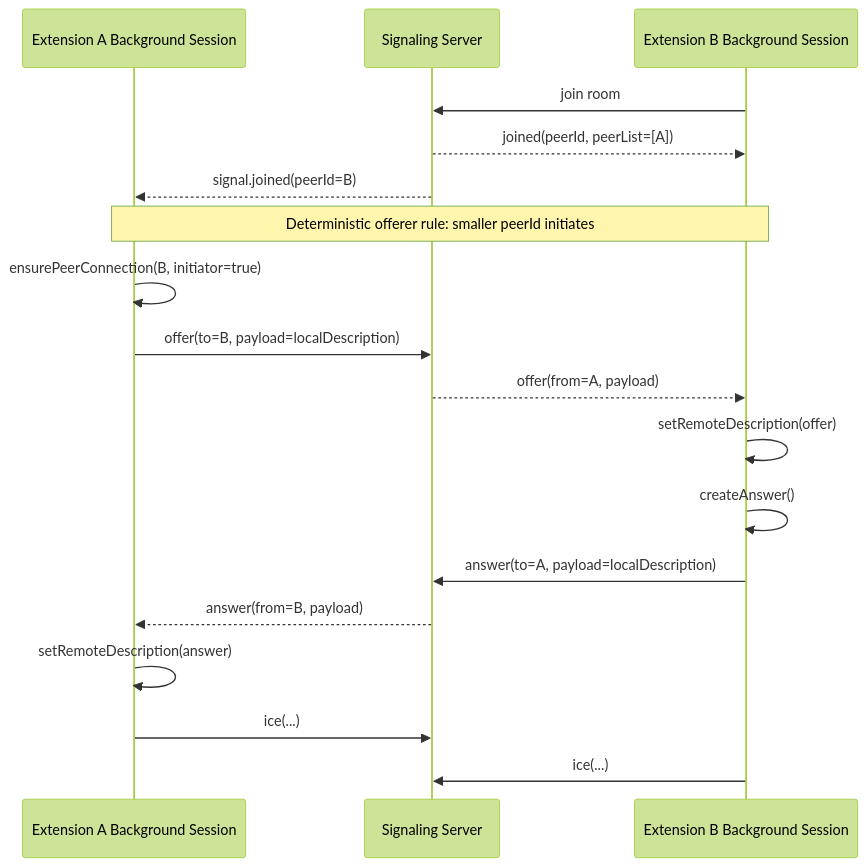
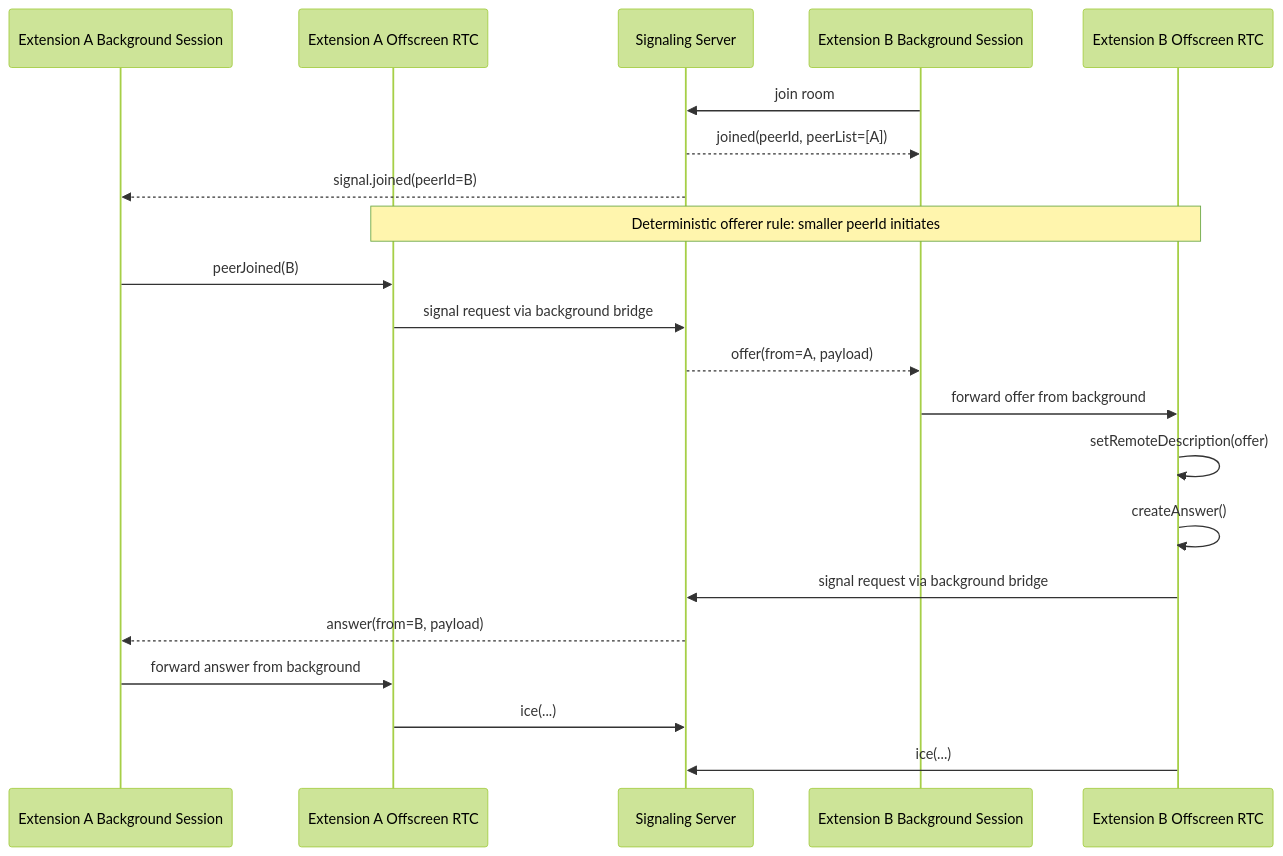
The fifth of 8 diagrams in docs/architecture.md (crccc/webrtc-chat), drawn with Mermaid (forest theme) before and after one commit. The commit also changed other lines of this file and 10 other files, not shown here.

Commit message:
Move WebRTC runtime into offscreen document

````diff
--- a/docs/architecture.md
+++ b/docs/architecture.md
@@ -198,23 +221,26 @@
 ```mermaid
 sequenceDiagram
   participant A as Extension A Background Session
+  participant OA as Extension A Offscreen RTC
   participant S as Signaling Server
   participant B as Extension B Background Session
+  participant OB as Extension B Offscreen RTC
 
   B->>S: join room
   S-->>B: joined(peerId, peerList=[A])
   S-->>A: signal.joined(peerId=B)
 
-  Note over A,B: Deterministic offerer rule: smaller peerId initiates
+  Note over OA,OB: Deterministic offerer rule: smaller peerId initiates
 
-  A->>A: ensurePeerConnection(B, initiator=true)
-  A->>S: offer(to=B, payload=localDescription)
+  A->>OA: peerJoined(B)
+  OA->>S: signal request via background bridge
   S-->>B: offer(from=A, payload)
-  B->>B: setRemoteDescription(offer)
-  B->>B: createAnswer()
-  B->>S: answer(to=A, payload=localDescription)
+  B->>OB: forward offer from background
+  OB->>OB: setRemoteDescription(offer)
+  OB->>OB: createAnswer()
+  OB->>S: signal request via background bridge
   S-->>A: answer(from=B, payload)
-  A->>A: setRemoteDescription(answer)
-  A->>S: ice(...)
-  B->>S: ice(...)
+  A->>OA: forward answer from background
+  OA->>S: ice(...)
+  OB->>S: ice(...)
 ```
````
